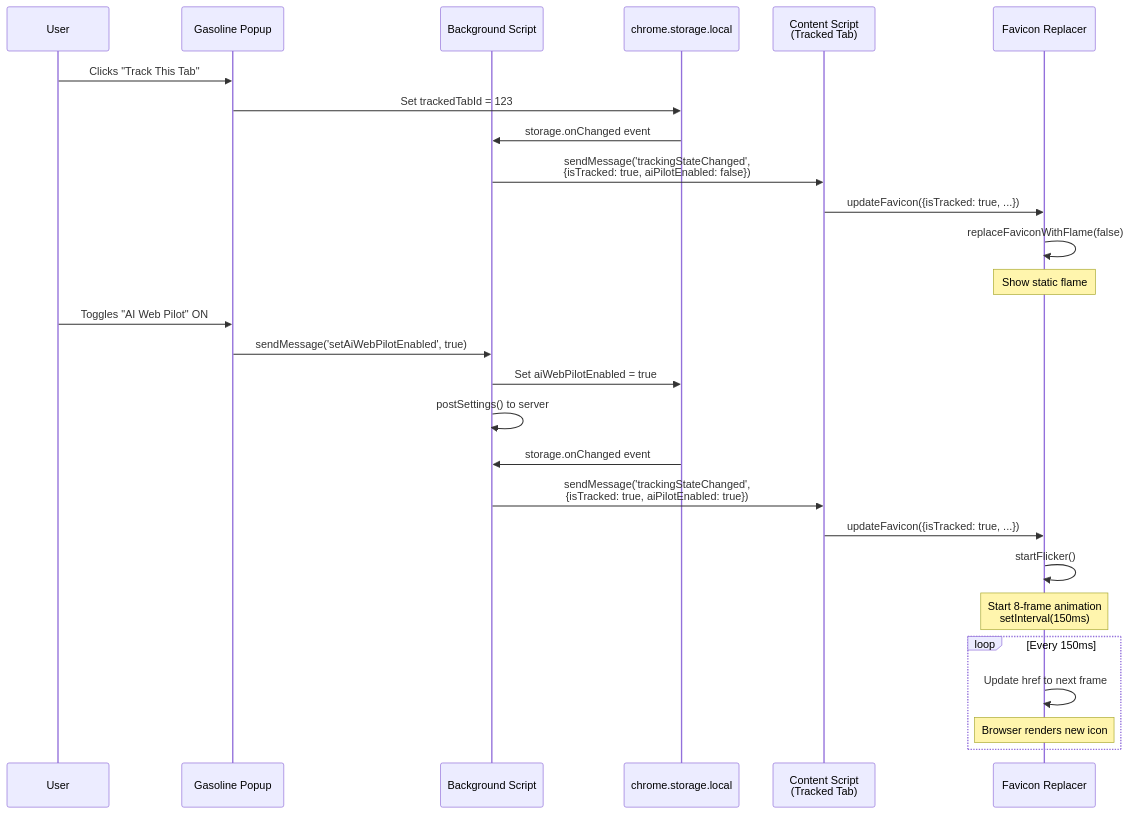
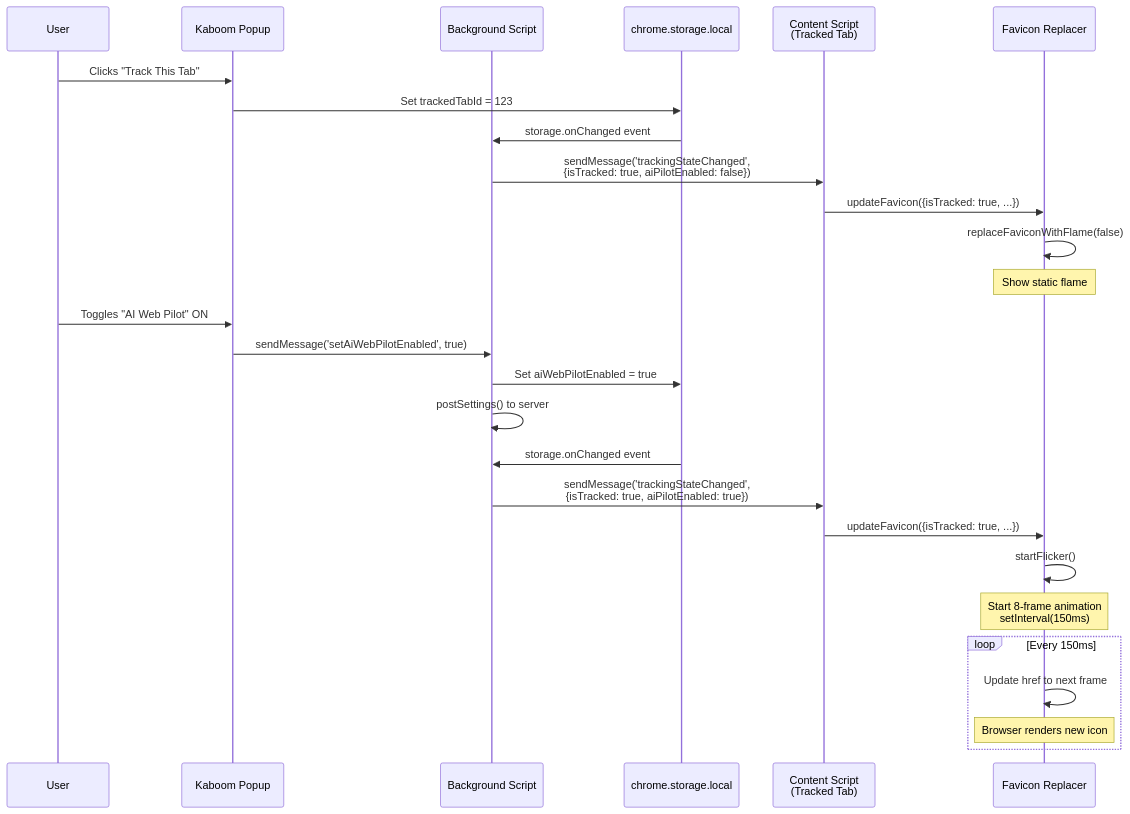
Before and after one commit to brennhill/gasoline-mcp-ai-devtools: the third of 10 diagrams in docs/architecture/diagrams/flame-flicker-visual.md, drawn with Mermaid. The commit also changed other lines of this file and 1983 other files, not shown here.

````diff
--- a/docs/architecture/diagrams/flame-flicker-visual.md
+++ b/docs/architecture/diagrams/flame-flicker-visual.md
@@ -73,34 +73,34 @@
 ```mermaid
 sequenceDiagram
     participant User
-    participant Popup as Gasoline Popup
+    participant Popup as Kaboom Popup
     participant BG as Background Script
     participant Storage as chrome.storage.local
     participant Content as Content Script<br/>(Tracked Tab)
     participant Favicon as Favicon Replacer
 
     User->>Popup: Clicks "Track This Tab"
     Popup->>Storage: Set trackedTabId = 123
 
     Storage->>BG: storage.onChanged event
     BG->>Content: sendMessage('trackingStateChanged',<br/>{isTracked: true, aiPilotEnabled: false})
     Content->>Favicon: updateFavicon({isTracked: true, ...})
     Favicon->>Favicon: replaceFaviconWithFlame(false)
     Note over Favicon: Show static flame
 
     User->>Popup: Toggles "AI Web Pilot" ON
     Popup->>BG: sendMessage('setAiWebPilotEnabled', true)
     BG->>Storage: Set aiWebPilotEnabled = true
     BG->>BG: postSettings() to server
 
     Storage->>BG: storage.onChanged event
     BG->>Content: sendMessage('trackingStateChanged',<br/>{isTracked: true, aiPilotEnabled: true})
     Content->>Favicon: updateFavicon({isTracked: true, ...})
     Favicon->>Favicon: startFlicker()
     Note over Favicon: Start 8-frame animation<br/>setInterval(150ms)
 
     loop Every 150ms
         Favicon->>Favicon: Update href to next frame
         Note over Favicon: Browser renders new icon
     end
 ```
````
